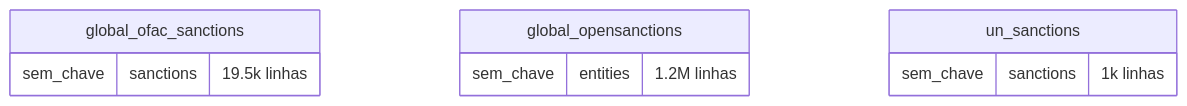
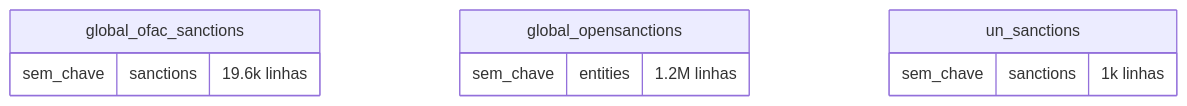
Before and after one commit to rafapolo/rodado: diagram 22 of 37 in docs/mapa/ERD.md, drawn with Mermaid. The commit also changed other lines of this file and 64 other files, not shown here.

````diff
--- a/docs/mapa/ERD.md
+++ b/docs/mapa/ERD.md
@@ -2080,12 +2080,12 @@
 ```mermaid
 erDiagram
     global_ofac_sanctions {
-        sem_chave sanctions "19.5k linhas"
+        sem_chave sanctions "19.6k linhas"
     }
     global_opensanctions {
         sem_chave entities "1.2M linhas"
     }
     un_sanctions {
         sem_chave sanctions "1k linhas"
     }
 ```
````
